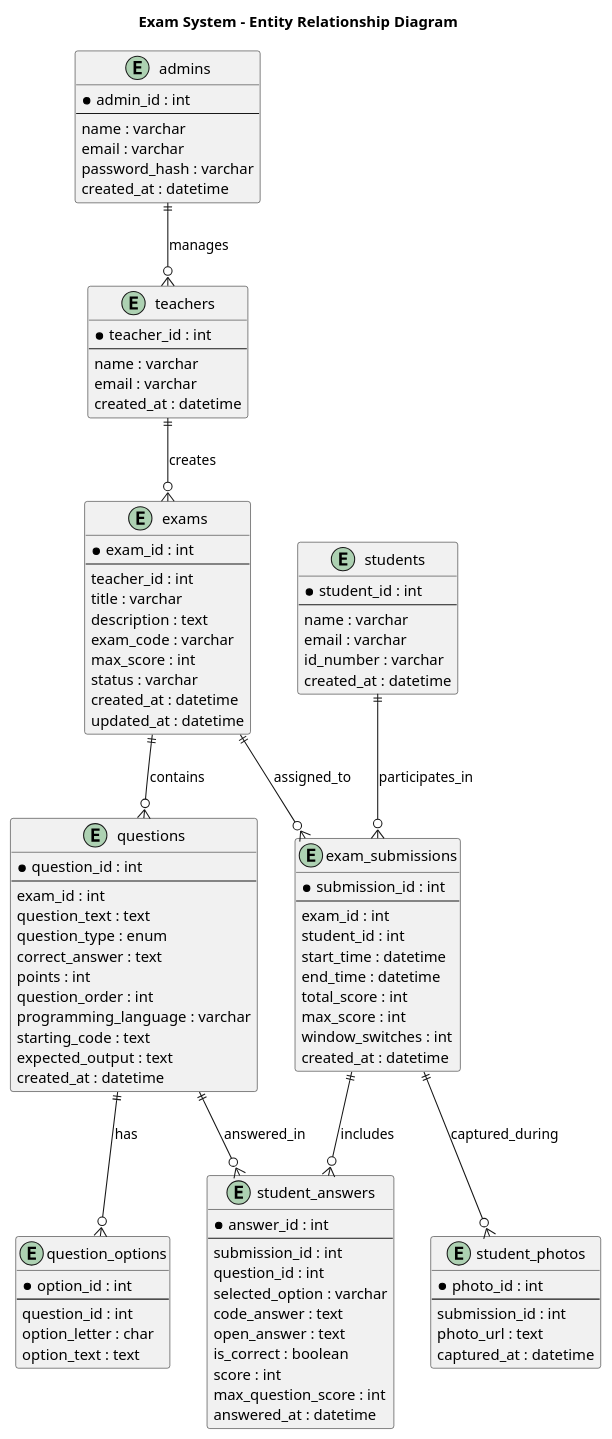
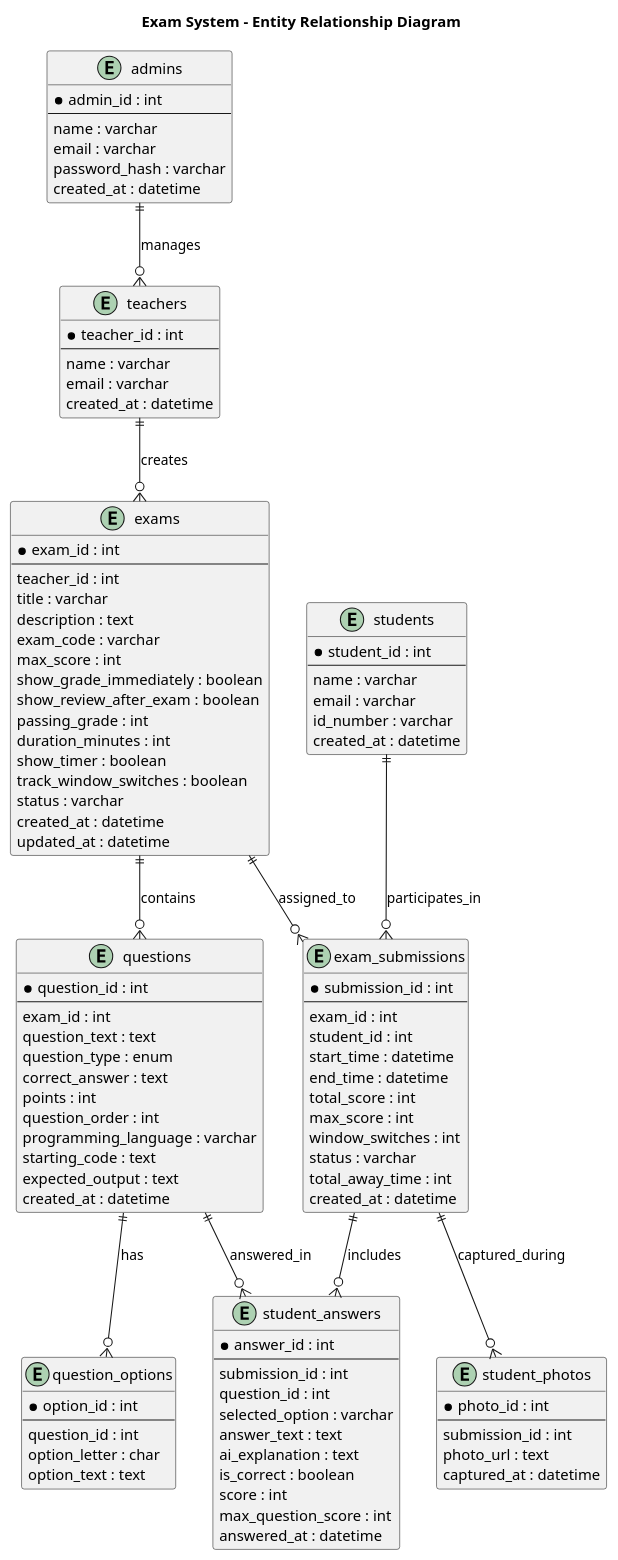
Before and after one commit to AviGanach/exam-system: the diagram in backend/app/docs/erd.puml, drawn with PlantUML. The commit also changed 2 other files, not shown here.

```diff
--- a/backend/app/docs/erd.puml
+++ b/backend/app/docs/erd.puml
@@ -1,111 +1,119 @@
 @startuml
 title Exam System - Entity Relationship Diagram
 
 entity "admins" {
   *admin_id : int
   --
   name : varchar
   email : varchar
   password_hash : varchar
   created_at : datetime
 }
 
 entity "teachers" {
   *teacher_id : int
   --
   name : varchar
   email : varchar
   created_at : datetime
 }
 
 entity "exams" {
   *exam_id : int
   --
   teacher_id : int
   title : varchar
   description : text
   exam_code : varchar
   max_score : int
+  show_grade_immediately : boolean
+  show_review_after_exam : boolean
+  passing_grade : int
+  duration_minutes : int
+  show_timer : boolean
+  track_window_switches : boolean
   status : varchar
   created_at : datetime
   updated_at : datetime
 }
 
 entity "questions" {
   *question_id : int
   --
   exam_id : int
   question_text : text
   question_type : enum
   correct_answer : text
   points : int
   question_order : int
   programming_language : varchar
   starting_code : text
   expected_output : text
   created_at : datetime
 }
 
 entity "question_options" {
   *option_id : int
   --
   question_id : int
   option_letter : char
   option_text : text
 }
 
 entity "students" {
   *student_id : int
   --
   name : varchar
   email : varchar
   id_number : varchar
   created_at : datetime
 }
 
 entity "exam_submissions" {
   *submission_id : int
   --
   exam_id : int
   student_id : int
   start_time : datetime
   end_time : datetime
   total_score : int
   max_score : int
   window_switches : int
+  status : varchar
+  total_away_time : int
   created_at : datetime
 }
 
 entity "student_answers" {
   *answer_id : int
   --
   submission_id : int
   question_id : int
   selected_option : varchar
-  code_answer : text
-  open_answer : text
+  answer_text : text
+  ai_explanation : text
   is_correct : boolean
   score : int
   max_question_score : int
   answered_at : datetime
 }
 
 entity "student_photos" {
   *photo_id : int
   --
   submission_id : int
   photo_url : text
   captured_at : datetime
 }
 
 admins ||--o{ teachers : manages
 teachers ||--o{ exams : creates
 exams ||--o{ questions : contains
 questions ||--o{ question_options : has
 exams ||--o{ exam_submissions : assigned_to
 students ||--o{ exam_submissions : participates_in
 exam_submissions ||--o{ student_answers : includes
 exam_submissions ||--o{ student_photos : captured_during
 questions ||--o{ student_answers : answered_in
 
 @enduml
```
